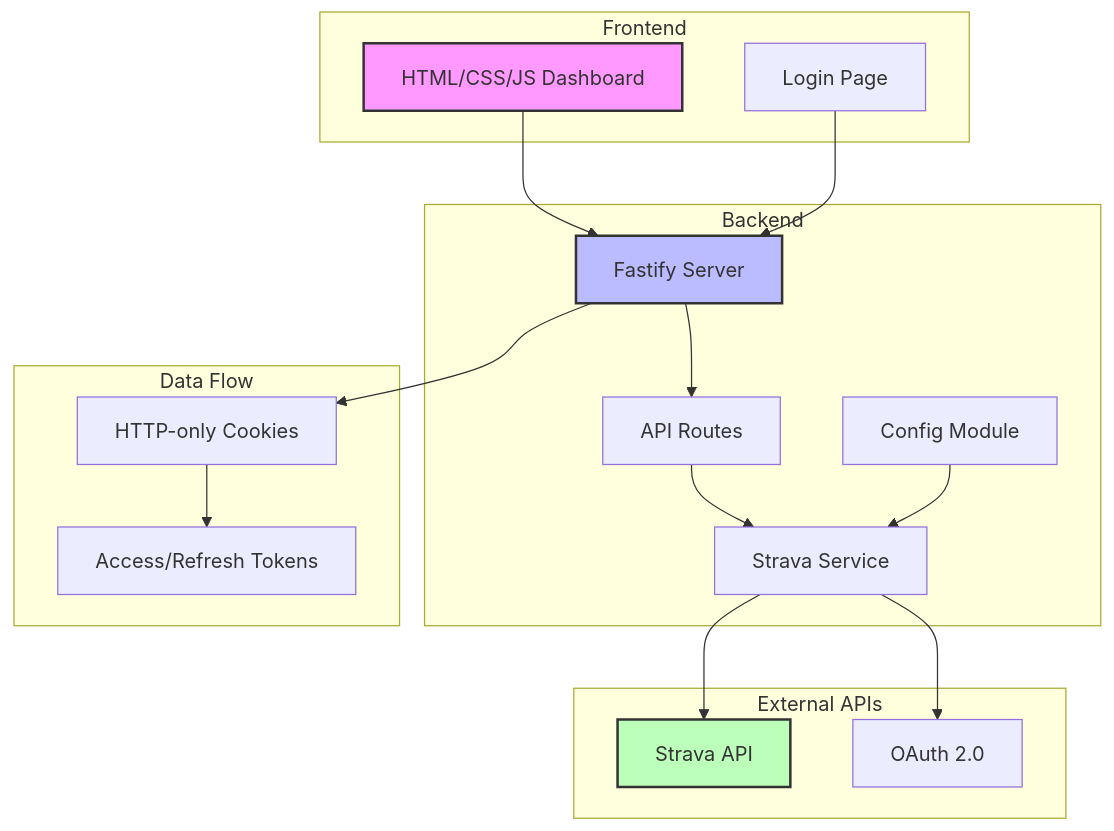
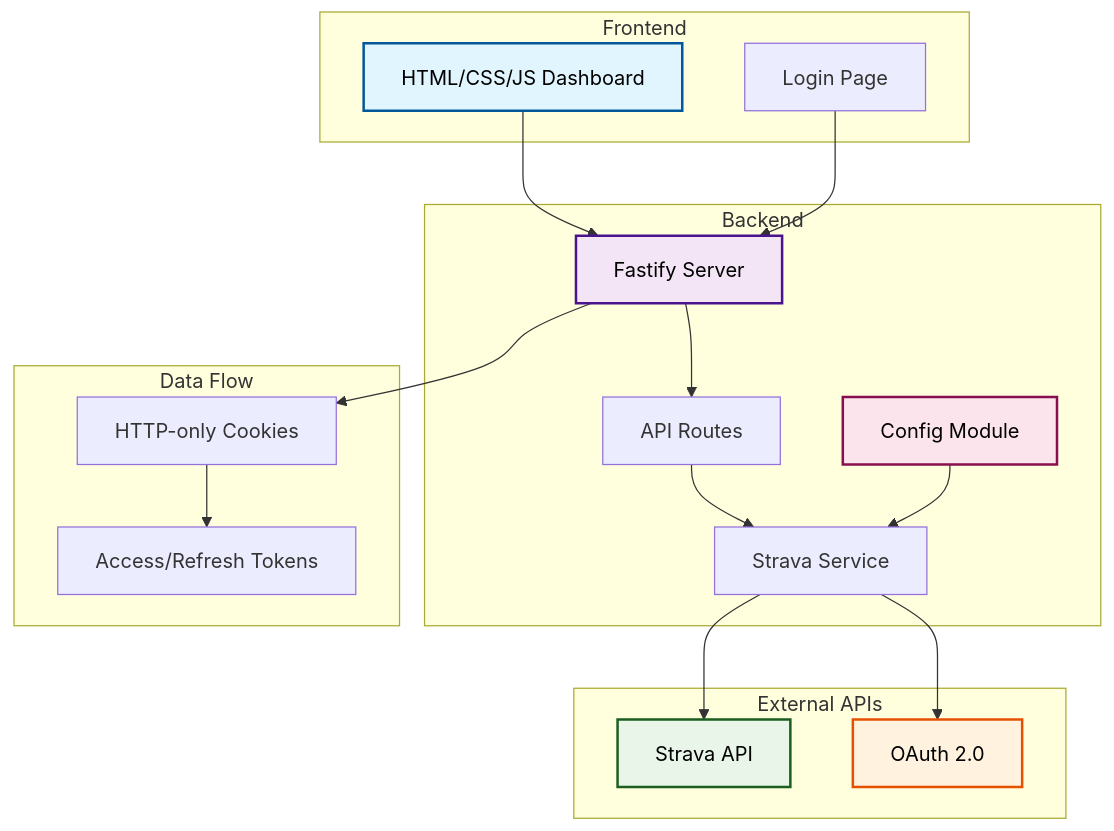
One commit to kamilmateusiak/strava-kudos changed the diagram in README.md. Above: the diagram before and after it, drawn with Mermaid. The commit also changed other lines of this file, not shown here.

Commit message:
docs: streamline README and improve Mermaid chart readability

````diff
--- a/README.md
+++ b/README.md
@@ -62,38 +38,40 @@
 ```mermaid
 graph TB
     subgraph "Frontend"
         UI[HTML/CSS/JS Dashboard]
         Login[Login Page]
     end
     
     subgraph "Backend"
         Server[Fastify Server]
         Routes[API Routes]
         StravaService[Strava Service]
         Config[Config Module]
     end
     
     subgraph "External APIs"
         Strava[Strava API]
         OAuth[OAuth 2.0]
     end
     
     subgraph "Data Flow"
         Cookies[HTTP-only Cookies]
         Tokens[Access/Refresh Tokens]
     end
     
     UI --> Server
     Login --> Server
     Server --> Routes
     Routes --> StravaService
     StravaService --> Strava
     StravaService --> OAuth
     Server --> Cookies
     Cookies --> Tokens
     Config --> StravaService
     
-    style UI fill:#f9f,stroke:#333,stroke-width:2px
-    style Server fill:#bbf,stroke:#333,stroke-width:2px
-    style Strava fill:#bfb,stroke:#333,stroke-width:2px
+    style UI fill:#e1f5fe,stroke:#01579b,stroke-width:2px,color:#000
+    style Server fill:#f3e5f5,stroke:#4a148c,stroke-width:2px,color:#000
+    style Strava fill:#e8f5e8,stroke:#1b5e20,stroke-width:2px,color:#000
+    style OAuth fill:#fff3e0,stroke:#e65100,stroke-width:2px,color:#000
+    style Config fill:#fce4ec,stroke:#880e4f,stroke-width:2px,color:#000
 ```
````
